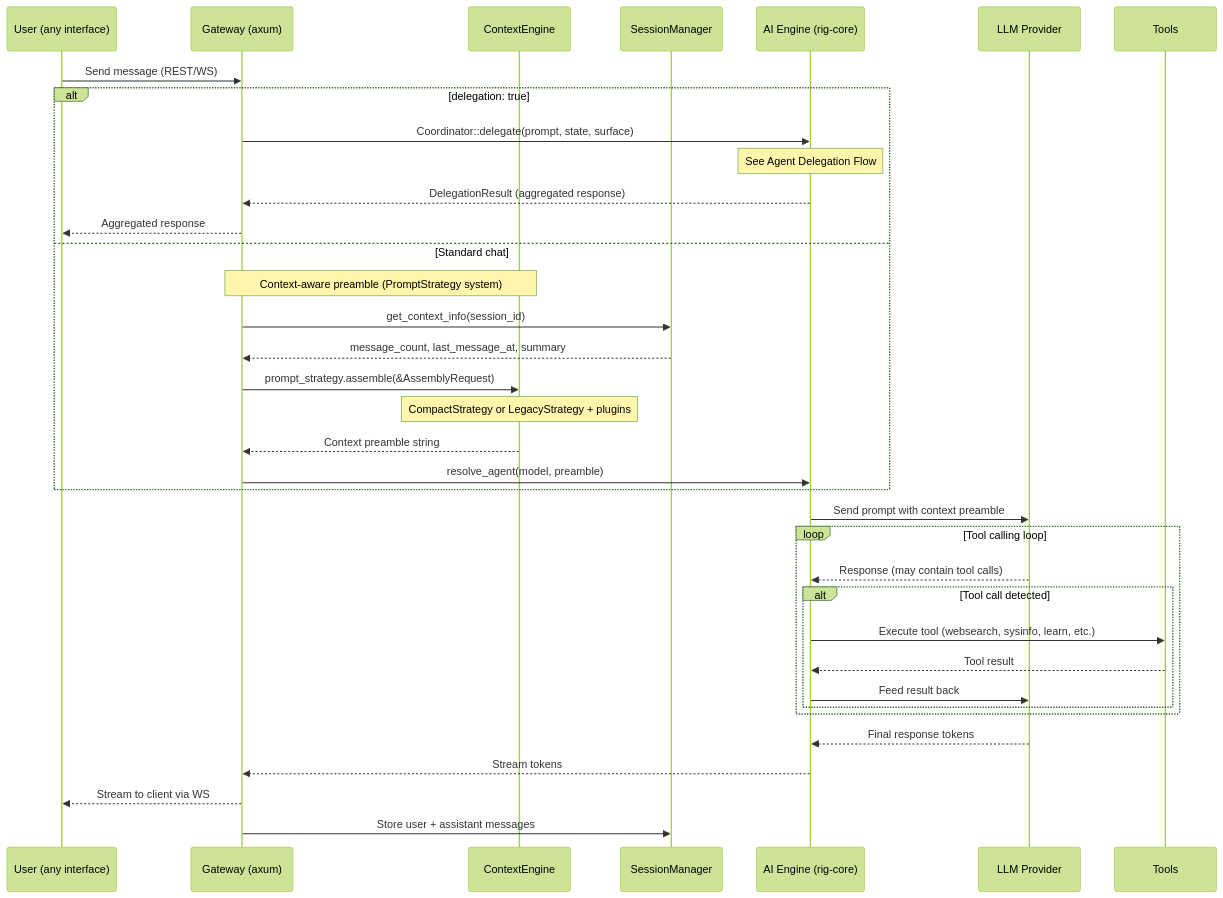
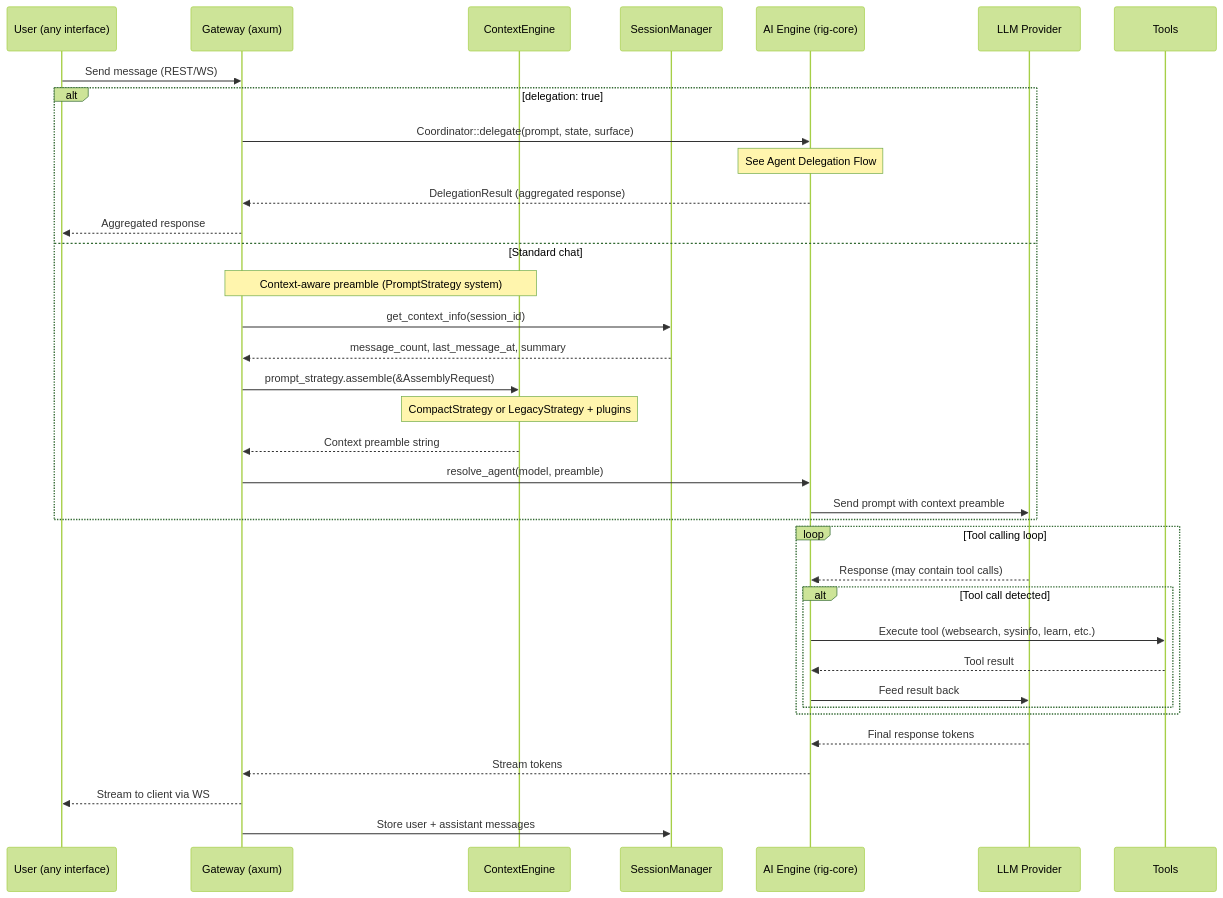
One commit to sprklai/zenii changed the first of 26 diagrams in docs-site/docs/processes.md. Above: the diagram before and after it, drawn with Mermaid (forest theme). The commit also changed other lines of this file and 8 other files, not shown here.

````diff
--- a/docs-site/docs/processes.md
+++ b/docs-site/docs/processes.md
@@ -42,43 +42,43 @@
 ```mermaid
 sequenceDiagram
     participant U as User (any interface)
     participant G as Gateway (axum)
     participant CE as ContextEngine
     participant SM as SessionManager
     participant AI as AI Engine (rig-core)
     participant LLM as LLM Provider
     participant T as Tools
 
     U->>G: Send message (REST/WS)
 
     alt delegation: true
         G->>AI: Coordinator::delegate(prompt, state, surface)
         Note over AI: See Agent Delegation Flow
         AI-->>G: DelegationResult (aggregated response)
         G-->>U: Aggregated response
     else Standard chat
         Note over G,CE: Context-aware preamble (PromptStrategy system)
         G->>SM: get_context_info(session_id)
         SM-->>G: message_count, last_message_at, summary
         G->>CE: prompt_strategy.assemble(&AssemblyRequest)
         Note over CE: CompactStrategy or LegacyStrategy + plugins
         CE-->>G: Context preamble string
 
         G->>AI: resolve_agent(model, preamble)
+        AI->>LLM: Send prompt with context preamble
     end
-    AI->>LLM: Send prompt with context preamble
 
     loop Tool calling loop
         LLM-->>AI: Response (may contain tool calls)
         alt Tool call detected
             AI->>T: Execute tool (websearch, sysinfo, learn, etc.)
             T-->>AI: Tool result
             AI->>LLM: Feed result back
         end
     end
 
     LLM-->>AI: Final response tokens
     AI-->>G: Stream tokens
     G-->>U: Stream to client via WS
     G->>SM: Store user + assistant messages
 ```
````
